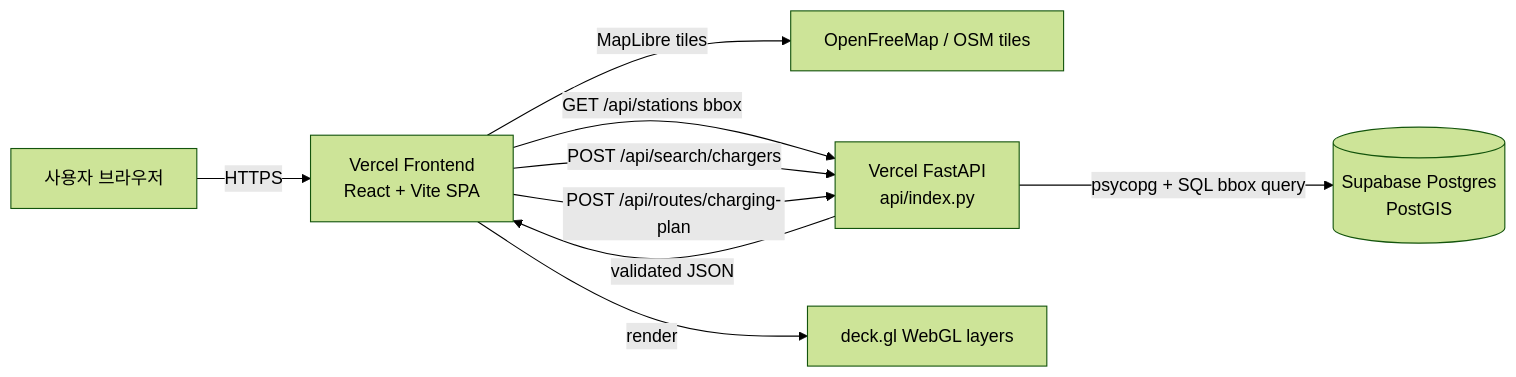
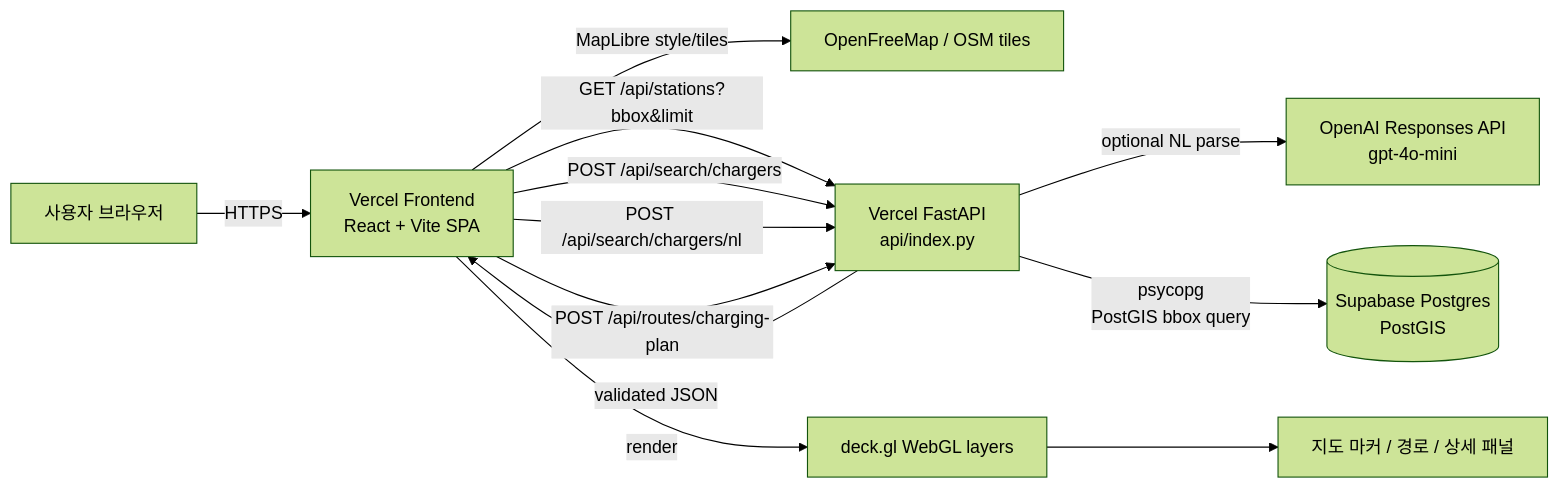
One commit to wkddns40/chargeflow-kr changed the first of 2 diagrams in README.md. Above: the diagram before and after it, drawn with Mermaid (forest theme). The commit also changed other lines of this file, not shown here.

Commit message:
docs(readme): update architecture flow

````diff
--- a/README.md
+++ b/README.md
@@ -76,11 +78,15 @@
 ```mermaid
 flowchart LR
-    user[사용자 브라우저] -->|HTTPS| frontend[Vercel Frontend<br/>React + Vite SPA]
-    frontend -->|MapLibre tiles| tiles[OpenFreeMap / OSM tiles]
-    frontend -->|GET /api/stations bbox| api[Vercel FastAPI<br/>api/index.py]
+    user["사용자 브라우저"] -->|HTTPS| frontend["Vercel Frontend<br/>React + Vite SPA"]
+    frontend -->|MapLibre style/tiles| tiles["OpenFreeMap / OSM tiles"]
+    frontend -->|GET /api/stations?bbox&limit| api["Vercel FastAPI<br/>api/index.py"]
     frontend -->|POST /api/search/chargers| api
+    frontend -->|POST /api/search/chargers/nl| api
     frontend -->|POST /api/routes/charging-plan| api
-    api -->|psycopg + SQL bbox query| db[(Supabase Postgres<br/>PostGIS)]
+
+    api -->|optional NL parse| openai["OpenAI Responses API<br/>gpt-4o-mini"]
+    api -->|psycopg<br/>PostGIS bbox query| db[(Supabase Postgres<br/>PostGIS)]
     api -->|validated JSON| frontend
-    frontend -->|render| deck[deck.gl WebGL layers]
+    frontend -->|render| deck["deck.gl WebGL layers"]
+    deck --> map["지도 마커 / 경로 / 상세 패널"]
 ```
````
